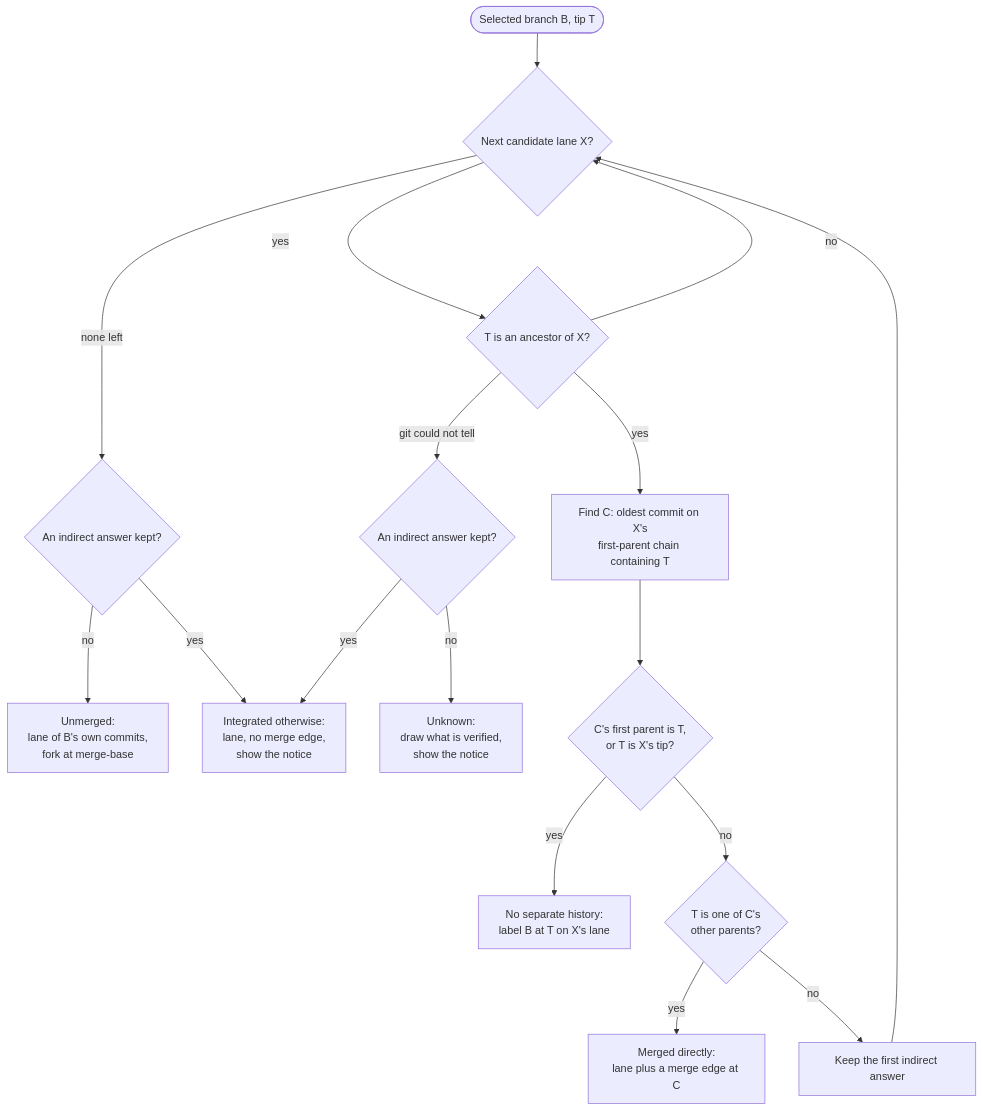
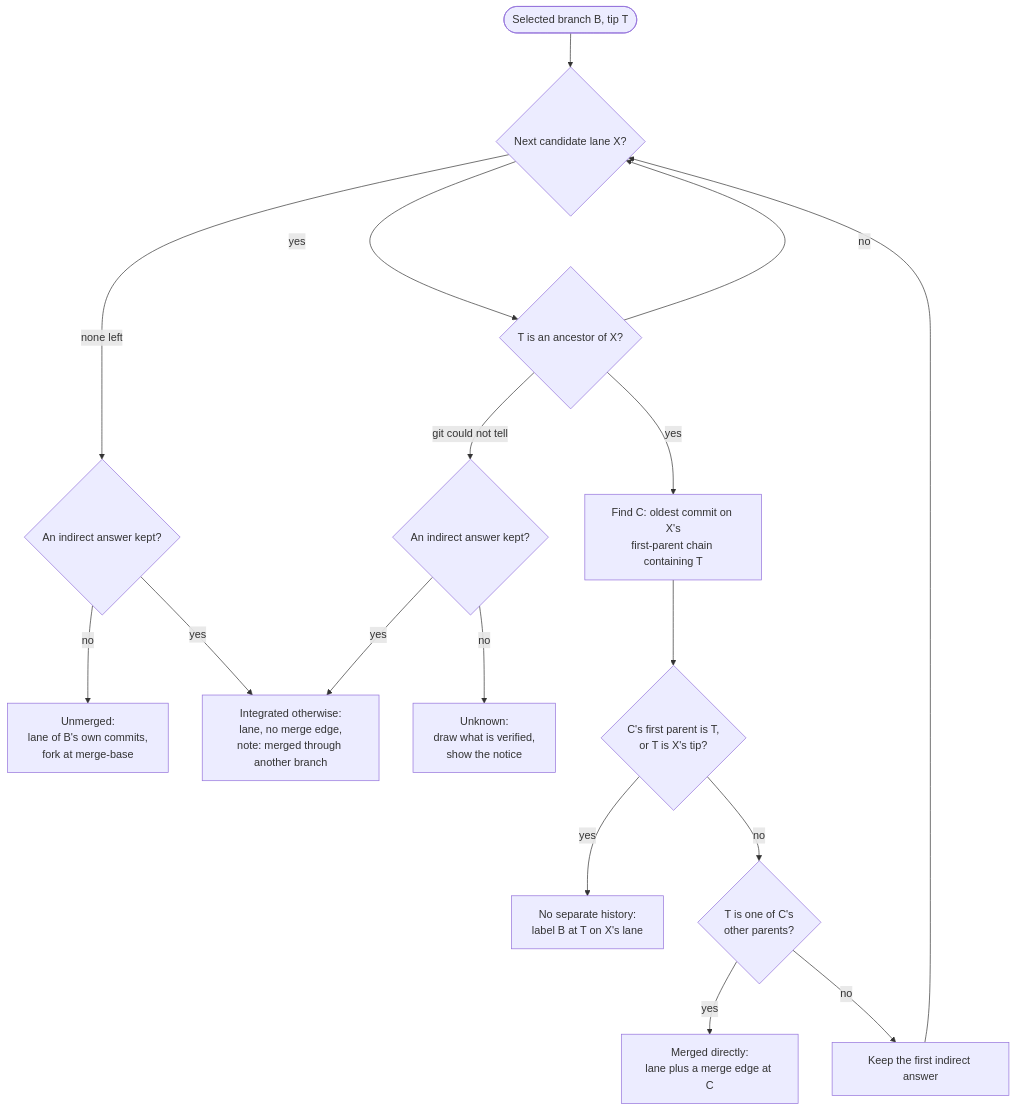
The first of 3 diagrams in worktree/docs/git-graph.md (yankeeinlondon/rusty-biscuit), drawn with Mermaid before and after one commit. The commit also changed other lines of this file and 17 other files, not shown here.

First line of the commit message:
feat(worktree-cli): explain graph omissions in wt list closing notes

````diff
--- a/worktree/docs/git-graph.md
+++ b/worktree/docs/git-graph.md
@@ -76,19 +78,19 @@
 ```mermaid
 flowchart TD
     start([Selected branch B, tip T]) --> next{Next candidate lane X?}
     next -- none left --> kept1{An indirect answer kept?}
     kept1 -- no --> unmerged[Unmerged:<br/>lane of B's own commits,<br/>fork at merge-base]
-    kept1 -- yes --> indirect[Integrated otherwise:<br/>lane, no merge edge,<br/>show the notice]
+    kept1 -- yes --> indirect[Integrated otherwise:<br/>lane, no merge edge,<br/>note: merged through another branch]
     next -- yes --> contains{T is an ancestor of X?}
     contains -- no --> next
     contains -- git could not tell --> kept2{An indirect answer kept?}
     kept2 -- no --> unknown[Unknown:<br/>draw what is verified,<br/>show the notice]
     kept2 -- yes --> indirect
     contains -- yes --> findC[Find C: oldest commit on X's<br/>first-parent chain containing T]
     findC --> c1{C's first parent is T,<br/>or T is X's tip?}
     c1 -- yes --> label[No separate history:<br/>label B at T on X's lane]
     c1 -- no --> c2{T is one of C's<br/>other parents?}
     c2 -- yes --> merged[Merged directly:<br/>lane plus a merge edge at C]
     c2 -- no --> keep[Keep the first indirect answer]
     keep --> next
 ```
````
